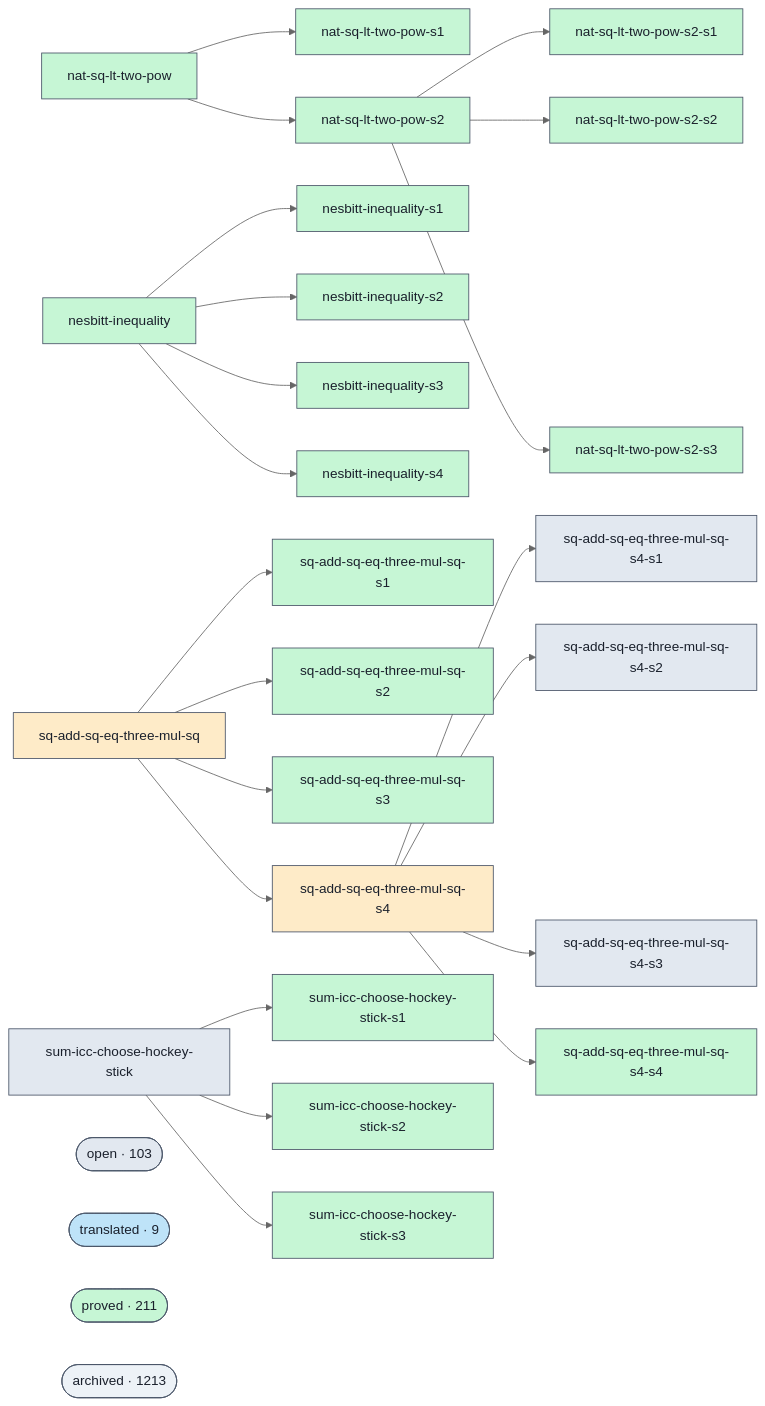
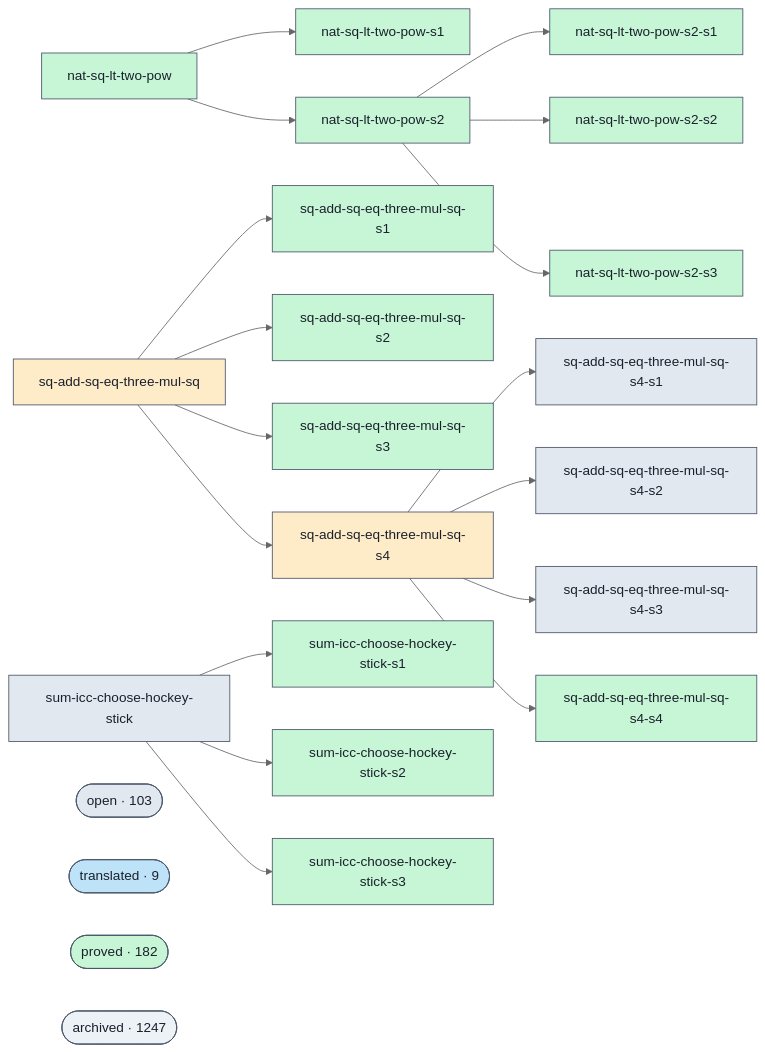
Before and after one commit to Rauxon/unsorry: the diagram in docs/proofs-contributors-visualisation.md, drawn with Mermaid (neutral theme). The commit also changed other lines of this file and 2 other files, not shown here.

````diff
--- a/docs/proofs-contributors-visualisation.md
+++ b/docs/proofs-contributors-visualisation.md
@@ -40,21 +40,6 @@
   g_nat_sq_lt_two_pow_s2_s3["nat-sq-lt-two-pow-s2-s3"]
   class g_nat_sq_lt_two_pow_s2_s3 proved;
   click g_nat_sq_lt_two_pow_s2_s3 "https://github.com/agenticsnz/unsorry/blob/main/goals/nat-sq-lt-two-pow-s2-s3.lean" "nat-sq-lt-two-pow-s2-s3 — proved"
-  g_nesbitt_inequality["nesbitt-inequality"]
-  class g_nesbitt_inequality proved;
-  click g_nesbitt_inequality "https://github.com/agenticsnz/unsorry/blob/main/goals/nesbitt-inequality.lean" "nesbitt-inequality — proved"
-  g_nesbitt_inequality_s1["nesbitt-inequality-s1"]
-  class g_nesbitt_inequality_s1 proved;
-  click g_nesbitt_inequality_s1 "https://github.com/agenticsnz/unsorry/blob/main/goals/nesbitt-inequality-s1.lean" "nesbitt-inequality-s1 — proved"
-  g_nesbitt_inequality_s2["nesbitt-inequality-s2"]
-  class g_nesbitt_inequality_s2 proved;
-  click g_nesbitt_inequality_s2 "https://github.com/agenticsnz/unsorry/blob/main/goals/nesbitt-inequality-s2.lean" "nesbitt-inequality-s2 — proved"
-  g_nesbitt_inequality_s3["nesbitt-inequality-s3"]
-  class g_nesbitt_inequality_s3 proved;
-  click g_nesbitt_inequality_s3 "https://github.com/agenticsnz/unsorry/blob/main/goals/nesbitt-inequality-s3.lean" "nesbitt-inequality-s3 — proved"
-  g_nesbitt_inequality_s4["nesbitt-inequality-s4"]
-  class g_nesbitt_inequality_s4 proved;
-  click g_nesbitt_inequality_s4 "https://github.com/agenticsnz/unsorry/blob/main/goals/nesbitt-inequality-s4.lean" "nesbitt-inequality-s4 — proved"
   g_sq_add_sq_eq_three_mul_sq["sq-add-sq-eq-three-mul-sq"]
   class g_sq_add_sq_eq_three_mul_sq blocked;
   click g_sq_add_sq_eq_three_mul_sq "https://github.com/agenticsnz/unsorry/blob/main/goals/sq-add-sq-eq-three-mul-sq.lean" "sq-add-sq-eq-three-mul-sq — blocked"
@@ -99,10 +84,6 @@
   g_nat_sq_lt_two_pow_s2 --> g_nat_sq_lt_two_pow_s2_s1
   g_nat_sq_lt_two_pow_s2 --> g_nat_sq_lt_two_pow_s2_s2
   g_nat_sq_lt_two_pow_s2 --> g_nat_sq_lt_two_pow_s2_s3
-  g_nesbitt_inequality --> g_nesbitt_inequality_s1
-  g_nesbitt_inequality --> g_nesbitt_inequality_s2
-  g_nesbitt_inequality --> g_nesbitt_inequality_s3
-  g_nesbitt_inequality --> g_nesbitt_inequality_s4
   g_sq_add_sq_eq_three_mul_sq --> g_sq_add_sq_eq_three_mul_sq_s1
   g_sq_add_sq_eq_three_mul_sq --> g_sq_add_sq_eq_three_mul_sq_s2
   g_sq_add_sq_eq_three_mul_sq --> g_sq_add_sq_eq_three_mul_sq_s3
@@ -118,8 +99,8 @@
   class cluster_open open;
   cluster_translated(["translated · 9"])
   class cluster_translated translated;
-  cluster_proved(["proved · 211"])
+  cluster_proved(["proved · 182"])
   class cluster_proved proved;
-  cluster_archived(["archived · 1213"])
+  cluster_archived(["archived · 1247"])
   class cluster_archived unknown;
 ```
````
